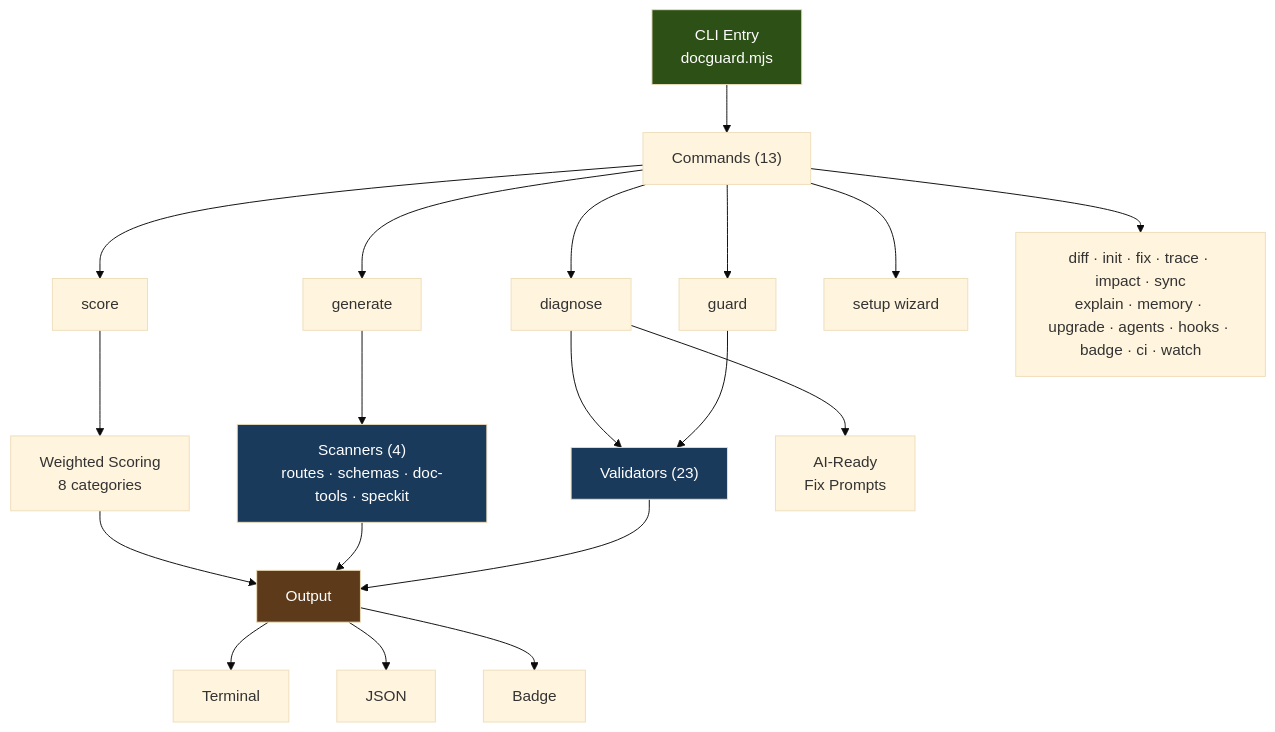
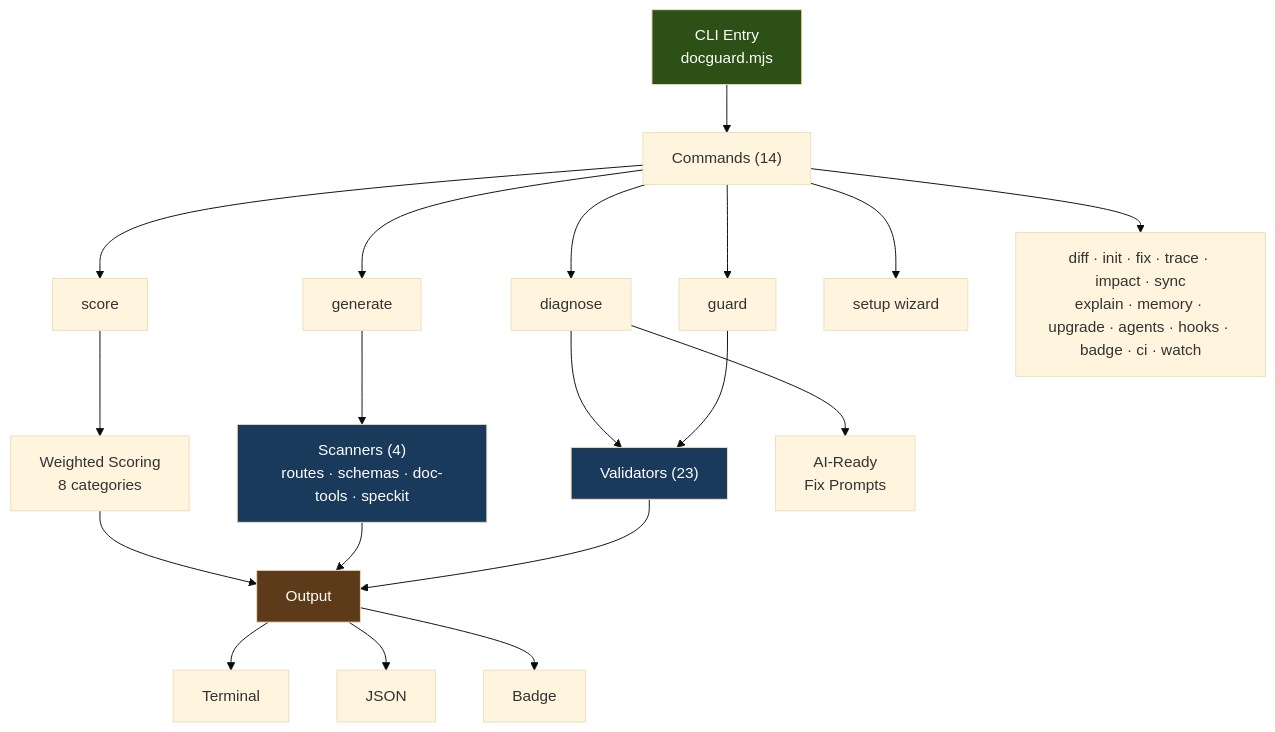
The diagram in README.md (raccioly/docguard), drawn with Mermaid (base theme) before and after one commit. The commit also changed other lines of this file and 36 other files, not shown here.

````diff
--- a/README.md
+++ b/README.md
@@ -52,28 +60,28 @@
 ```mermaid
 graph TD
-    CLI["CLI Entry<br/>docguard.mjs"] --> Commands["Commands (13)"]
+    CLI["CLI Entry<br/>docguard.mjs"] --> Commands["Commands (14)"]
     Commands --> guard["guard"]
     Commands --> generate["generate"]
     Commands --> score["score"]
     Commands --> diagnose["diagnose"]
     Commands --> setup["setup wizard"]
     Commands --> other["diff · init · fix · trace · impact · sync<br/>explain · memory · upgrade · agents · hooks · badge · ci · watch"]
 
     guard --> Validators["Validators (23)"]
     generate --> Scanners["Scanners (4)<br/>routes · schemas · doc-tools · speckit"]
     score --> Scoring["Weighted Scoring<br/>8 categories"]
     diagnose --> Validators
     diagnose --> AIPrompts["AI-Ready<br/>Fix Prompts"]
 
     Validators --> Output["Output"]
     Scanners --> Output
     Scoring --> Output
     Output --> Terminal["Terminal"]
     Output --> JSON["JSON"]
     Output --> Badge["Badge"]
 
     style CLI fill:#2d5016,color:#fff
     style Validators fill:#1a3a5c,color:#fff
     style Scanners fill:#1a3a5c,color:#fff
     style Output fill:#5c3a1a,color:#fff
 ```
````
